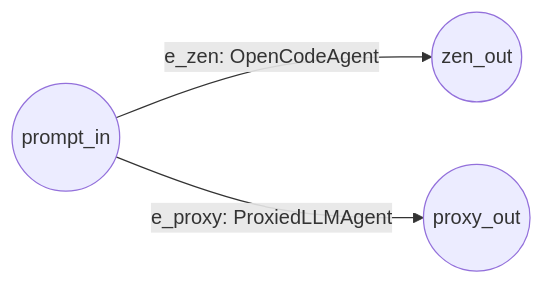
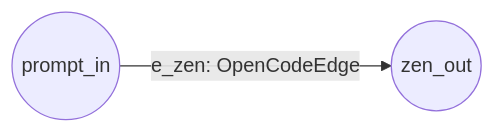
The diagram in examples/opencode_zen/README.md (Hana-ame/agent), drawn with Mermaid before and after one commit. The commit also changed other lines of this file and 27 other files, not shown here.

````diff
--- a/examples/opencode_zen/README.md
+++ b/examples/opencode_zen/README.md
@@ -5,5 +5,4 @@
 ```mermaid
 graph LR
-  prompt_in((prompt_in)) -- "e_zen: OpenCodeAgent" --> zen_out((zen_out))
-  prompt_in -- "e_proxy: ProxiedLLMAgent" --> proxy_out((proxy_out))
+  prompt_in((prompt_in)) -- "e_zen: OpenCodeEdge" --> zen_out((zen_out))
 ```
````
